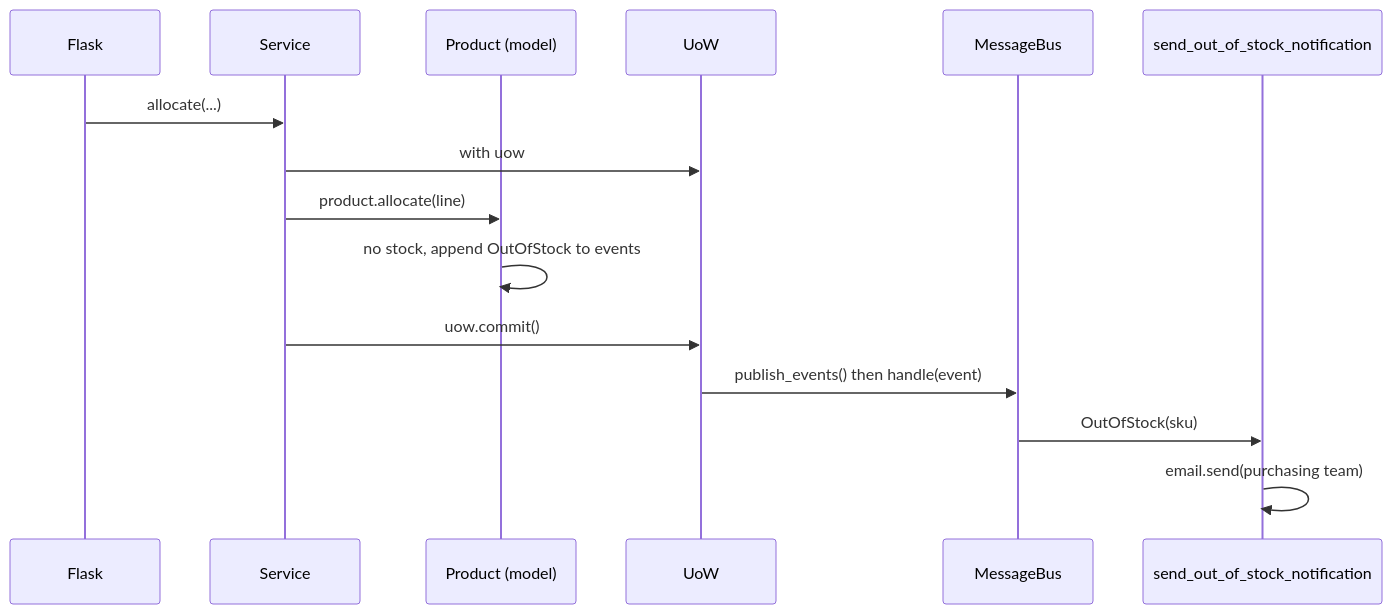
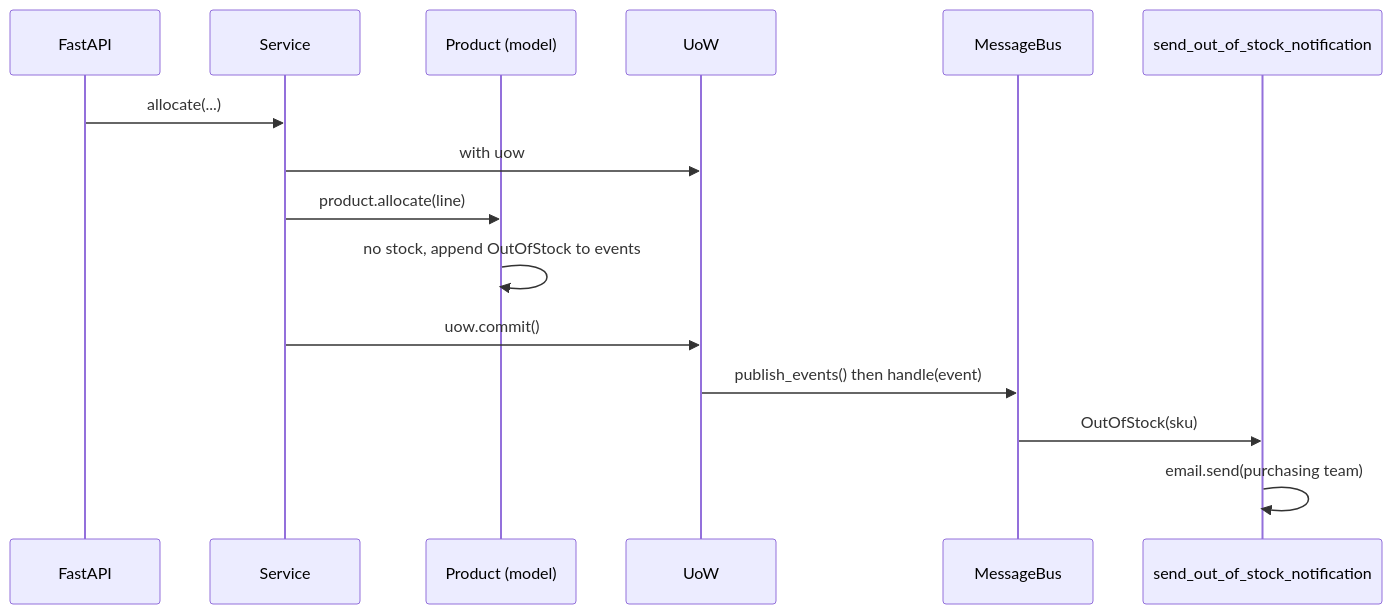
The first of 2 diagrams in study-guide/ch08-events-message-bus.md (Thommans-Playground/playground-cosmic-python), drawn with Mermaid before and after one commit. The commit also changed other lines of this file and 17 other files, not shown here.

First line of the commit message:
Refactor allocation service to use FastAPI and implement dependency injection

````diff
--- a/study-guide/ch08-events-message-bus.md
+++ b/study-guide/ch08-events-message-bus.md
@@ -20,17 +20,17 @@
 ```mermaid
 sequenceDiagram
-    participant API as Flask
+    participant API as FastAPI
     participant H as Service
     participant P as Product (model)
     participant U as UoW
     participant B as MessageBus
     participant E as send_out_of_stock_notification
     API->>H: allocate(...)
     H->>U: with uow
     H->>P: product.allocate(line)
     P->>P: no stock, append OutOfStock to events
     H->>U: uow.commit()
     U->>B: publish_events() then handle(event)
     B->>E: OutOfStock(sku)
     E->>E: email.send(purchasing team)
 ```
````
